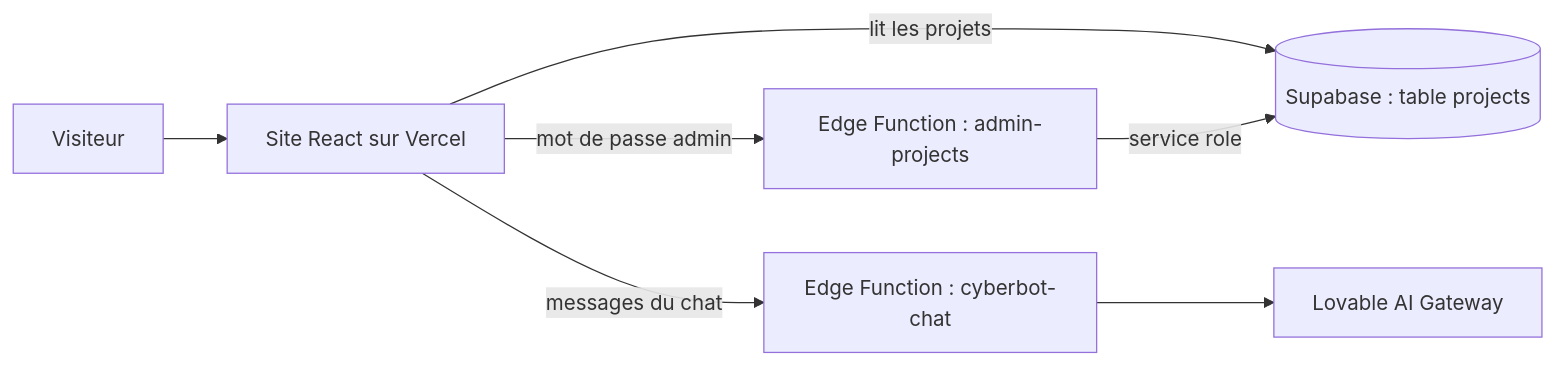
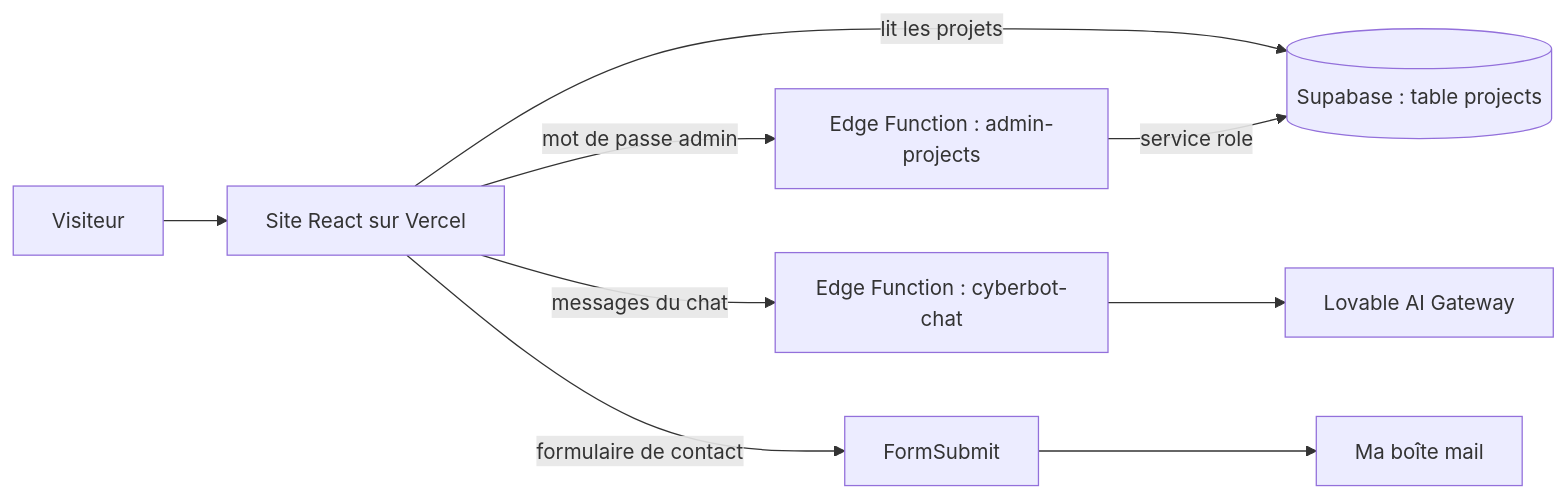
One commit to JLFlo12/florian-portfolio-v2 changed the diagram in README.fr.md. Above: the diagram before and after it, drawn with Mermaid. The commit also changed other lines of this file and 79 other files, not shown here.

First line of the commit message:
feat: toile 3D des outils façon Jarvis, page CV et formulaire de contact

````diff
--- a/README.fr.md
+++ b/README.fr.md
@@ -63,9 +65,10 @@
 ```mermaid
 flowchart LR
     V[Visiteur] --> S[Site React sur Vercel]
     S -->|lit les projets| DB[(Supabase : table projects)]
     S -->|messages du chat| F1[Edge Function : cyberbot-chat]
     F1 --> AI[Lovable AI Gateway]
     S -->|mot de passe admin| F2[Edge Function : admin-projects]
+    S -->|formulaire de contact| FS[FormSubmit] --> M[Ma boîte mail]
     F2 -->|service role| DB
 ```
````
